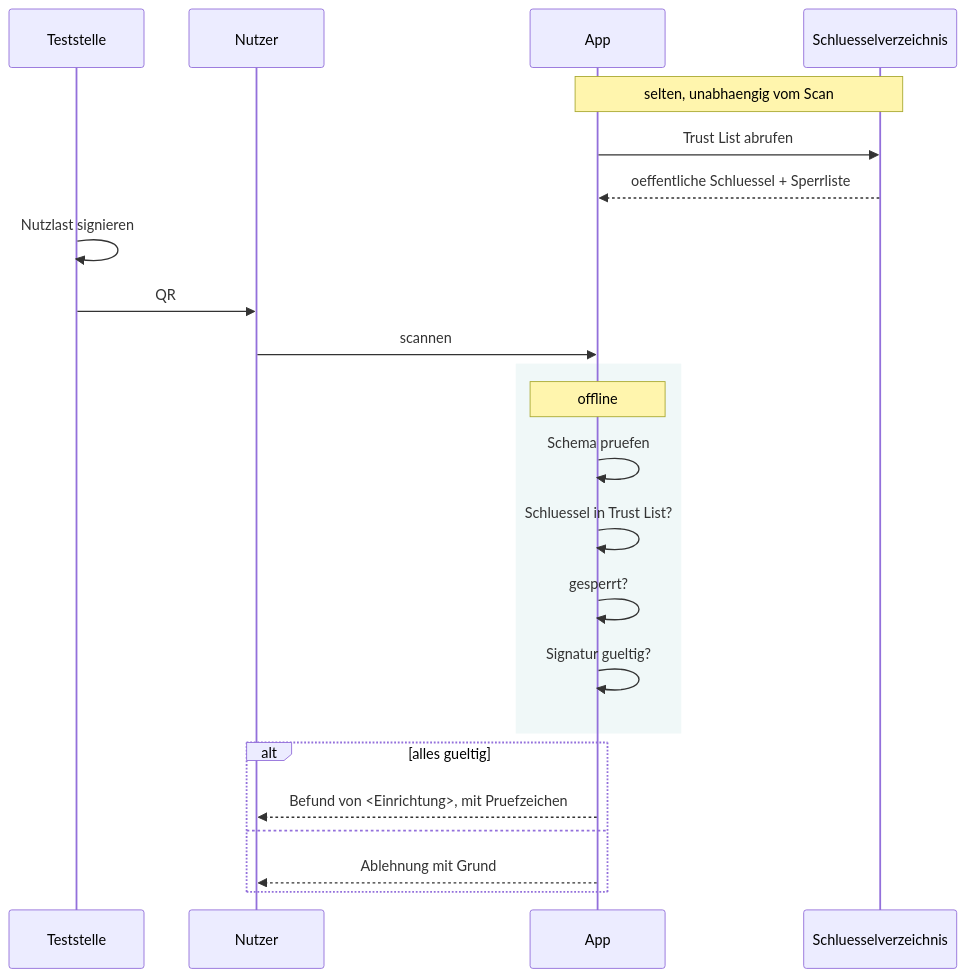
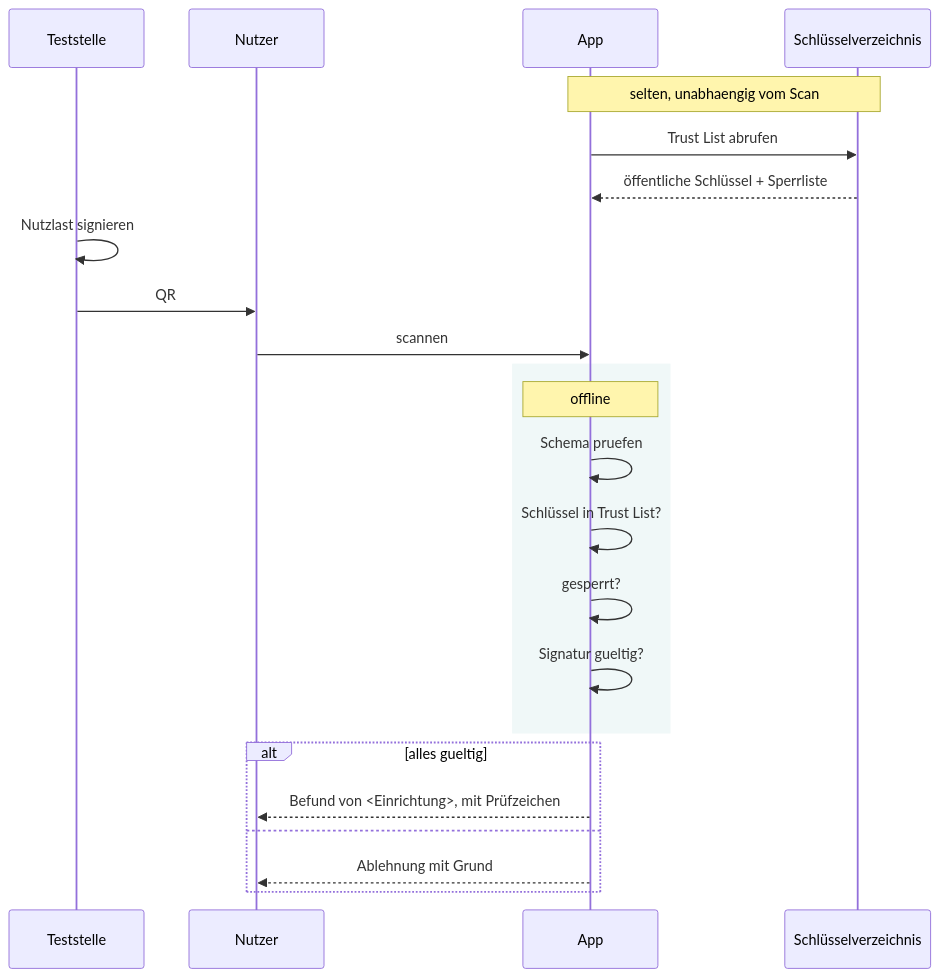
The first of 2 diagrams in architecture/interfaces/signed-results.md (bagruber/sexdiary), drawn with Mermaid before and after one commit. The commit also changed other lines of this file and 20 other files, not shown here.

````diff
--- a/architecture/interfaces/signed-results.md
+++ b/architecture/interfaces/signed-results.md
@@ -53,29 +63,29 @@
 ```mermaid
 sequenceDiagram
     participant T as Teststelle
     participant N as Nutzer
     participant A as App
-    participant V as Schluesselverzeichnis
+    participant V as Schlüsselverzeichnis
 
     Note over A,V: selten, unabhaengig vom Scan
     A->>V: Trust List abrufen
-    V-->>A: oeffentliche Schluessel + Sperrliste
+    V-->>A: öffentliche Schlüssel + Sperrliste
 
     T->>T: Nutzlast signieren
     T->>N: QR
     N->>A: scannen
 
     rect rgb(240,248,248)
     Note over A: offline
     A->>A: Schema pruefen
-    A->>A: Schluessel in Trust List?
+    A->>A: Schlüssel in Trust List?
     A->>A: gesperrt?
     A->>A: Signatur gueltig?
     end
 
     alt alles gueltig
-        A-->>N: Befund von <Einrichtung>, mit Pruefzeichen
+        A-->>N: Befund von <Einrichtung>, mit Prüfzeichen
     else
         A-->>N: Ablehnung mit Grund
     end
 ```
````
